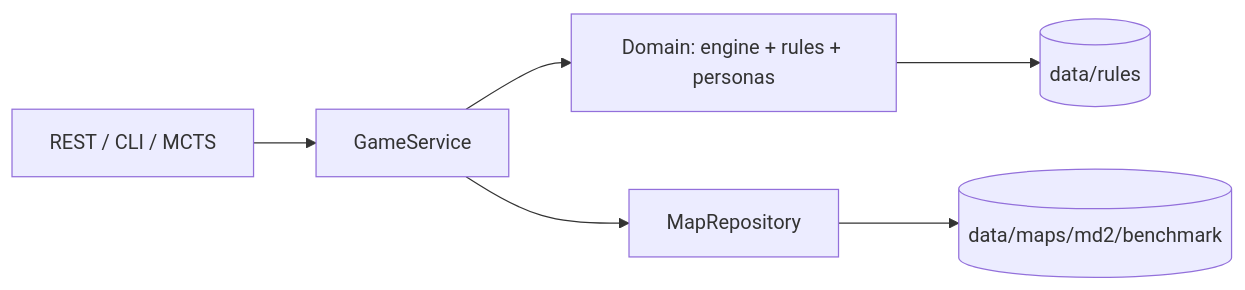
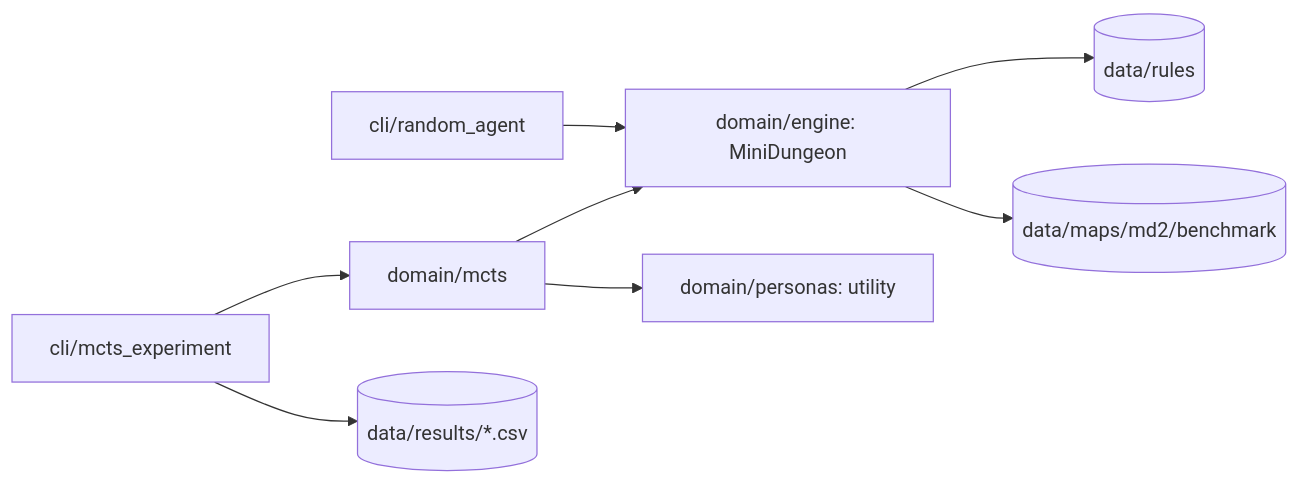
Before and after one commit to Urteusz/AutomatedPlaytestingMCTS: the diagram in README.md, drawn with Mermaid. The commit also changed other lines of this file and 2 other files, not shown here.

````diff
--- a/README.md
+++ b/README.md
@@ -15,8 +16,10 @@
 ```mermaid
 flowchart LR
-    Client[REST / CLI / MCTS] --> Service[GameService]
-    Service --> Domain[Domain: engine + rules + personas]
-    Service --> Maps[MapRepository]
-    Domain --> Rules[(data/rules)]
-    Maps --> Benchmark[(data/maps/md2/benchmark)]
+    Exp[cli/mcts_experiment] --> MCTS[domain/mcts]
+    Rnd[cli/random_agent] --> Env
+    MCTS --> Env[domain/engine: MiniDungeon]
+    MCTS --> Pers[domain/personas: utility]
+    Env --> Rules[(data/rules)]
+    Env --> Maps[(data/maps/md2/benchmark)]
+    Exp --> Results[(data/results/*.csv)]
 ```
````
